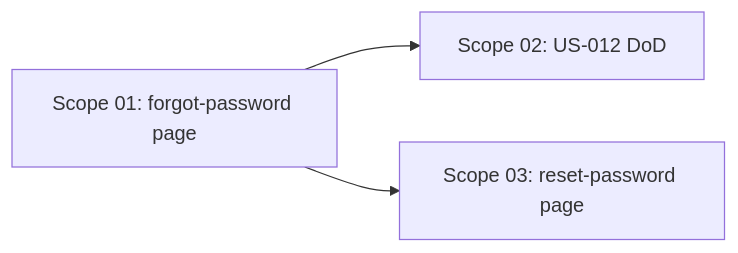
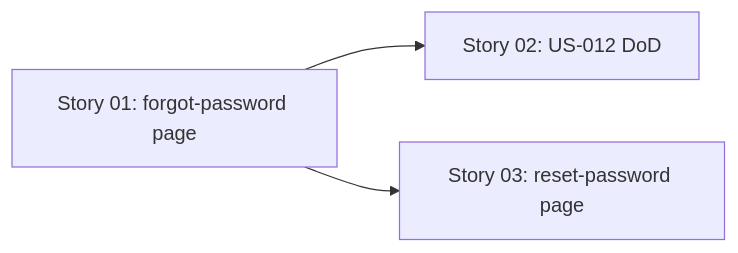
One commit to cmartinezs/grade-ops-ai changed the diagram in .planning/finished/006-password-recovery/01-expansion.md. Above: the diagram before and after it, drawn with Mermaid. The commit also changed other lines of this file and 233 other files, not shown here.

````diff
--- a/.planning/finished/006-password-recovery/01-expansion.md
+++ b/.planning/finished/006-password-recovery/01-expansion.md
@@ -21,5 +21,5 @@
 ```mermaid
 flowchart LR
-    S01[Scope 01: forgot-password page] --> S02[Scope 02: US-012 DoD]
-    S01 --> S03[Scope 03: reset-password page]
+    S01[Story 01: forgot-password page] --> S02[Story 02: US-012 DoD]
+    S01 --> S03[Story 03: reset-password page]
 ```
````
